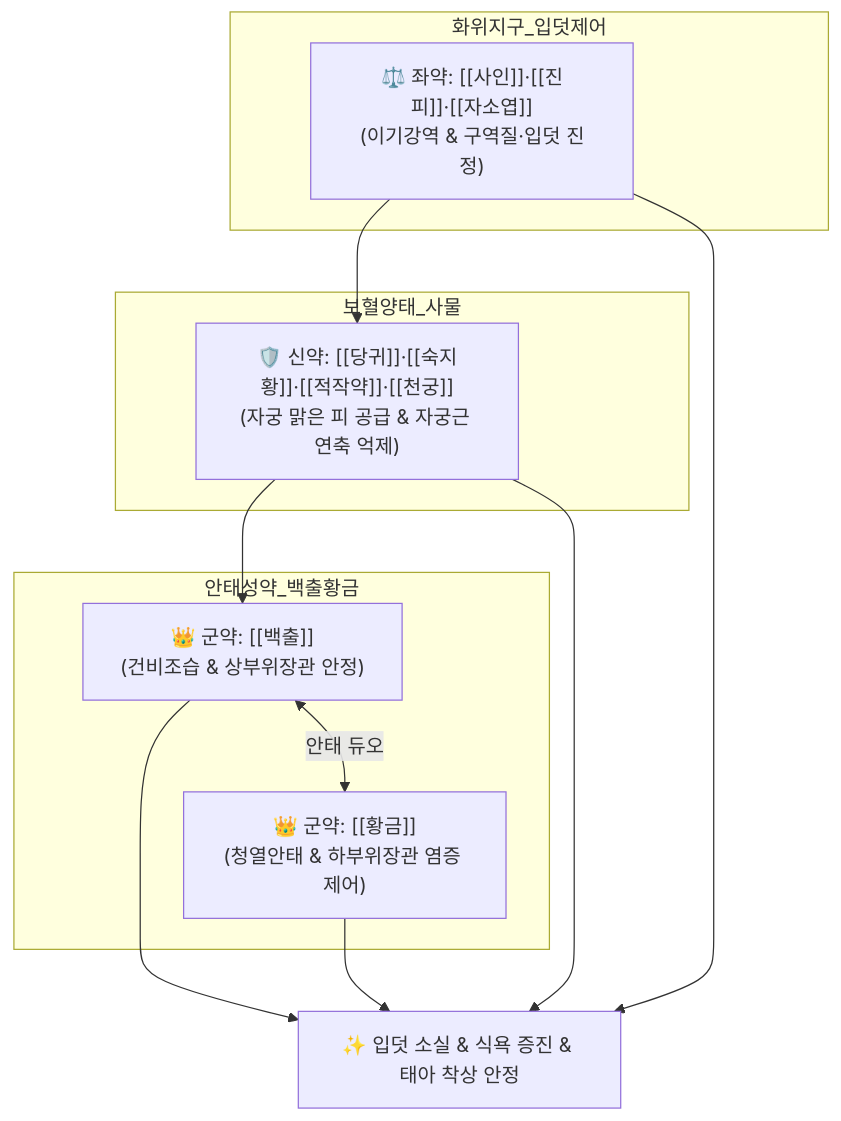
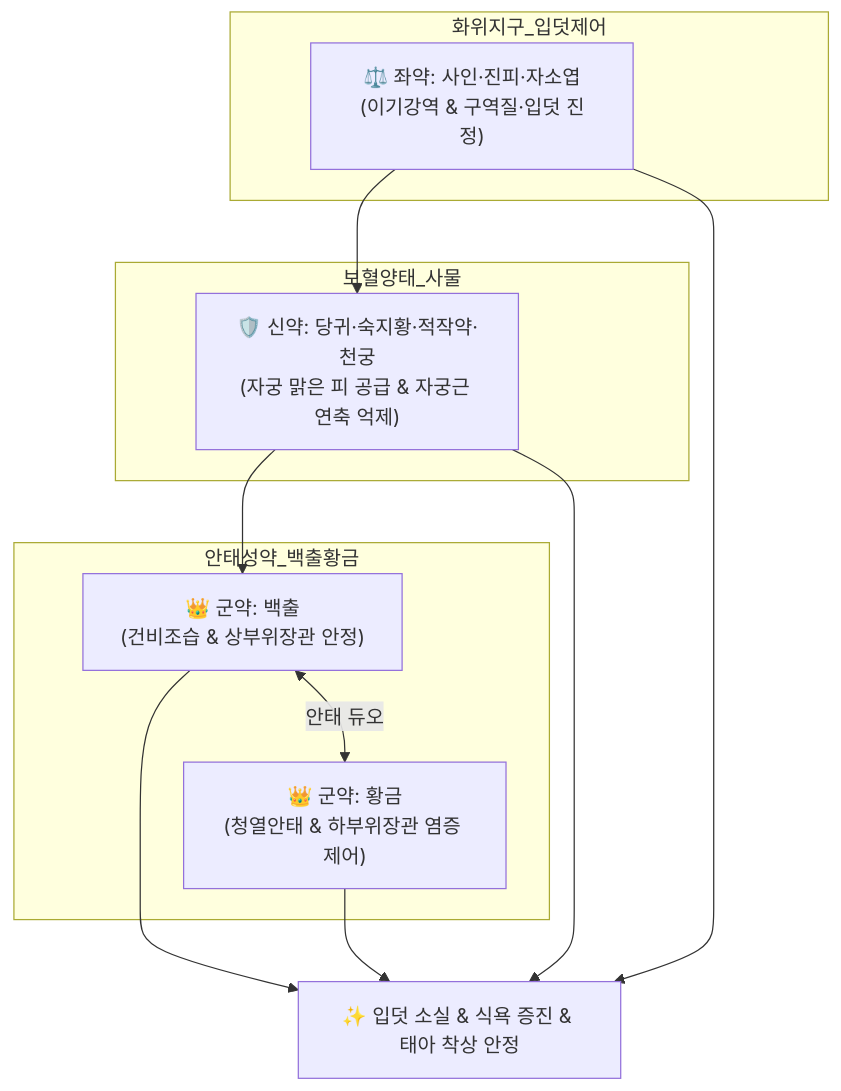
One commit to simbio11/simbio-digital-garden2 changed the diagram in content/2. 약리 공부/처방/02_보익제/안태음.md. Above: the diagram before and after it, drawn with Mermaid. The commit also changed other lines of this file and 323 other files, not shown here.

````diff
--- a/content/2. 약리 공부/처방/02_보익제/안태음.md
+++ b/content/2. 약리 공부/처방/02_보익제/안태음.md
@@ -50,17 +52,17 @@
 ```mermaid
 graph TD
     subgraph 안태성약_백출황금
-        BC["👑 군약: [[백출]]<br>(건비조습 & 상부위장관 안정)"]
-        HG["👑 군약: [[황금]]<br>(청열안태 & 하부위장관 염증 제어)"]
+        BC["👑 군약: 백출<br>(건비조습 & 상부위장관 안정)"]
+        HG["👑 군약: 황금<br>(청열안태 & 하부위장관 염증 제어)"]
     end
     subgraph 보혈양태_사물
-        SMT["🛡️ 신약: [[당귀]]·[[숙지황]]·[[적작약]]·[[천궁]]<br>(자궁 맑은 피 공급 & 자궁근 연축 억제)"]
+        SMT["🛡️ 신약: 당귀·숙지황·적작약·천궁<br>(자궁 맑은 피 공급 & 자궁근 연축 억제)"]
     end
     subgraph 화위지구_입덧제어
-        SI["⚖️ 좌약: [[사인]]·[[진피]]·[[자소엽]]<br>(이기강역 & 구역질·입덧 진정)"]
+        SI["⚖️ 좌약: 사인·진피·자소엽<br>(이기강역 & 구역질·입덧 진정)"]
     end
     BC <-->|안태 듀오| HG
     SMT --> BC
     SI --> SMT
     BC & HG & SMT & SI --> Target["✨ 입덧 소실 & 식욕 증진 & 태아 착상 안정"]
 ```
````
